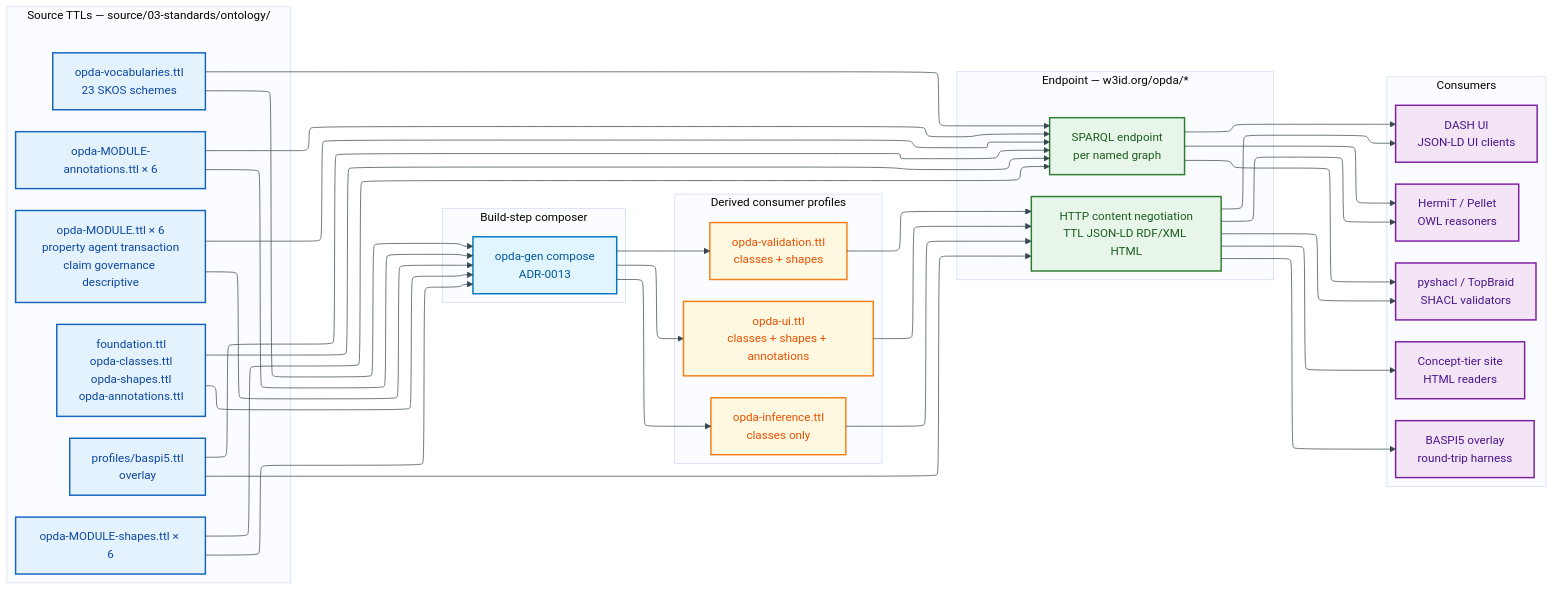
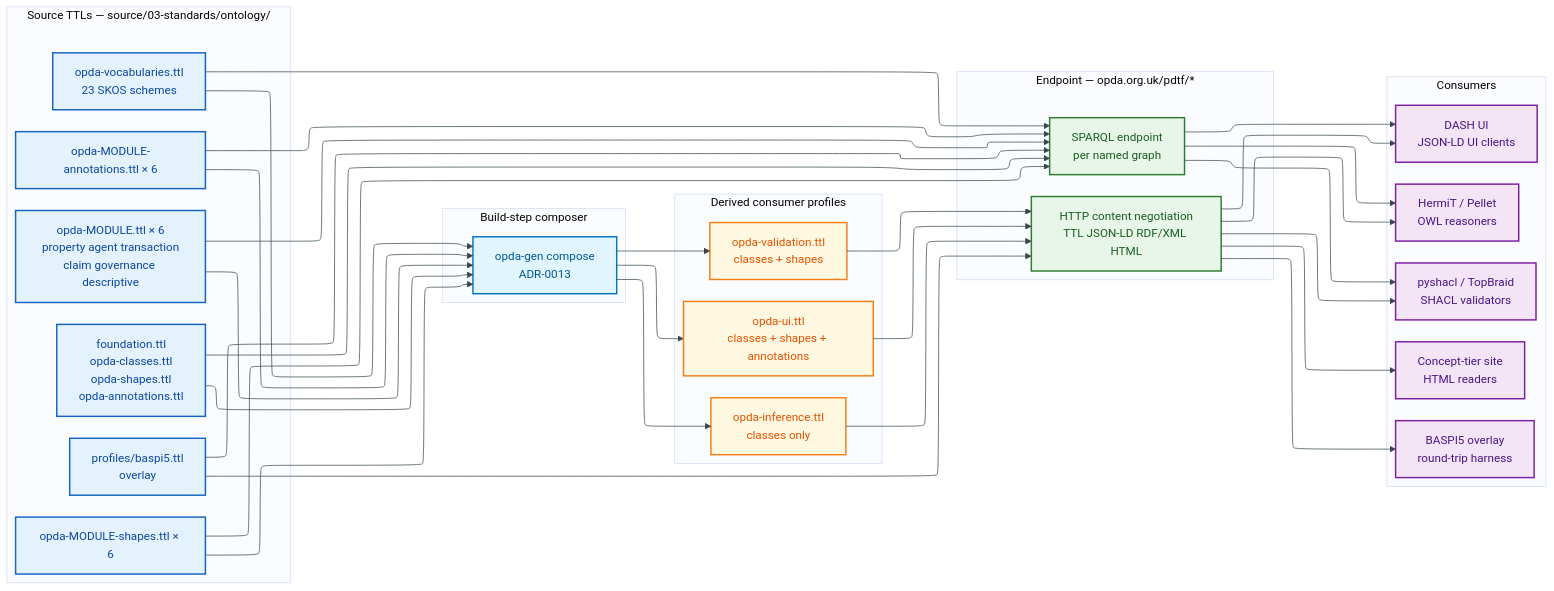
Before and after one commit to sparkling/opda: the first of 2 diagrams in docs/manual/physical-database/README.md, drawn with Mermaid. The commit also changed other lines of this file and 98 other files, not shown here.

First line of the commit message:
docs: migrate live IRI references to opda.org.uk/pdtf scheme (swarm)

````diff
--- a/docs/manual/physical-database/README.md
+++ b/docs/manual/physical-database/README.md
@@ -41,82 +41,82 @@
 ```mermaid
 ---
 config:
   layout: elk
   elk:
     mergeEdges: false
     nodePlacementStrategy: BRANDES_KOEPF
 ---
 %%{init: {"theme": "base", "themeVariables": {"primaryColor": "#FFF8E1", "primaryTextColor": "#E65100", "primaryBorderColor": "#F57F17", "lineColor": "#37474F"}}}%%
 flowchart LR
     accTitle: OPDA master deployment topology
     accDescr: Shows the 24 source TTLs plus BASPI5 overlay flowing through the build-step composer to three derived consumer profiles, then via content-negotiation SPARQL endpoint to validator UI reasoner overlay consumers.
 
     classDef data fill:#FFF8E1,stroke:#F57F17,stroke-width:2px,color:#E65100
     classDef infra fill:#E3F2FD,stroke:#1565C0,stroke-width:2px,color:#0D47A1
     classDef process fill:#E1F5FE,stroke:#0277BD,stroke-width:2px,color:#01579B
     classDef service fill:#E8F5E9,stroke:#2E7D32,stroke-width:2px,color:#1B5E20
     classDef user fill:#F3E5F5,stroke:#7B1FA2,stroke-width:2px,color:#4A148C
 
     subgraph SRC["Source TTLs — source/03-standards/ontology/"]
         F["foundation.ttl<br/>opda-classes.ttl<br/>opda-shapes.ttl<br/>opda-annotations.ttl"]:::infra
         V["opda-vocabularies.ttl<br/>23 SKOS schemes"]:::infra
         MT["opda-MODULE.ttl × 6<br/>property agent transaction<br/>claim governance descriptive"]:::infra
         MS["opda-MODULE-shapes.ttl × 6"]:::infra
         MA["opda-MODULE-annotations.ttl × 6"]:::infra
         B["profiles/baspi5.ttl<br/>overlay"]:::infra
     end
 
     subgraph CMP["Build-step composer"]
         C["opda-gen compose<br/>ADR-0013"]:::process
     end
 
     subgraph DRV["Derived consumer profiles"]
         DV["opda-validation.ttl<br/>classes + shapes"]:::data
         DU["opda-ui.ttl<br/>classes + shapes + annotations"]:::data
         DI["opda-inference.ttl<br/>classes only"]:::data
     end
 
-    subgraph EP["Endpoint — w3id.org/opda/*"]
+    subgraph EP["Endpoint — opda.org.uk/pdtf/*"]
         EPHTTP["HTTP content negotiation<br/>TTL JSON-LD RDF/XML HTML"]:::service
         EPSP["SPARQL endpoint<br/>per named graph"]:::service
     end
 
     subgraph CON["Consumers"]
         U1["pyshacl / TopBraid<br/>SHACL validators"]:::user
         U2["DASH UI<br/>JSON-LD UI clients"]:::user
         U3["HermiT / Pellet<br/>OWL reasoners"]:::user
         U4["BASPI5 overlay<br/>round-trip harness"]:::user
         U5["Concept-tier site<br/>HTML readers"]:::user
     end
 
     F --> C
     V --> C
     MT --> C
     MS --> C
     MA --> C
 
     C --> DV
     C --> DU
     C --> DI
 
     DV --> EPHTTP
     DU --> EPHTTP
     DI --> EPHTTP
     B --> EPHTTP
 
     F --> EPSP
     V --> EPSP
     MT --> EPSP
     MS --> EPSP
     MA --> EPSP
     B --> EPSP
 
     EPHTTP --> U1
     EPHTTP --> U2
     EPHTTP --> U3
     EPHTTP --> U4
     EPHTTP --> U5
     EPSP --> U1
     EPSP --> U2
     EPSP --> U3
 ```
````
